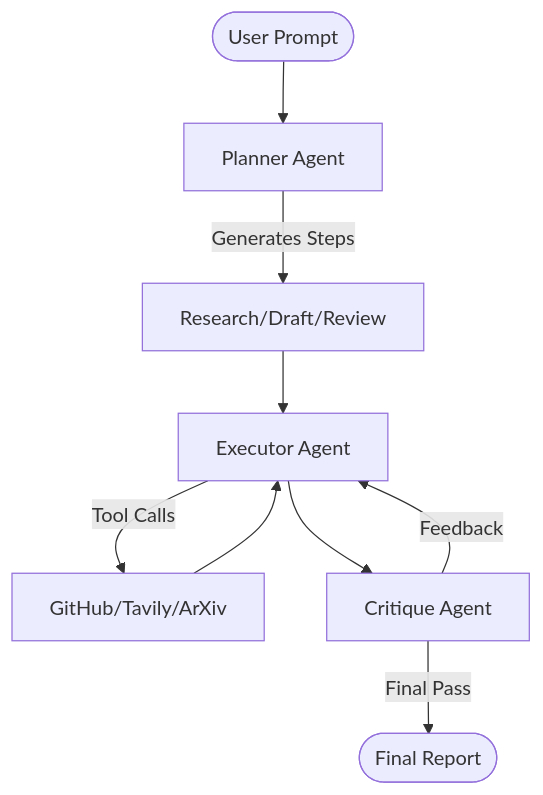
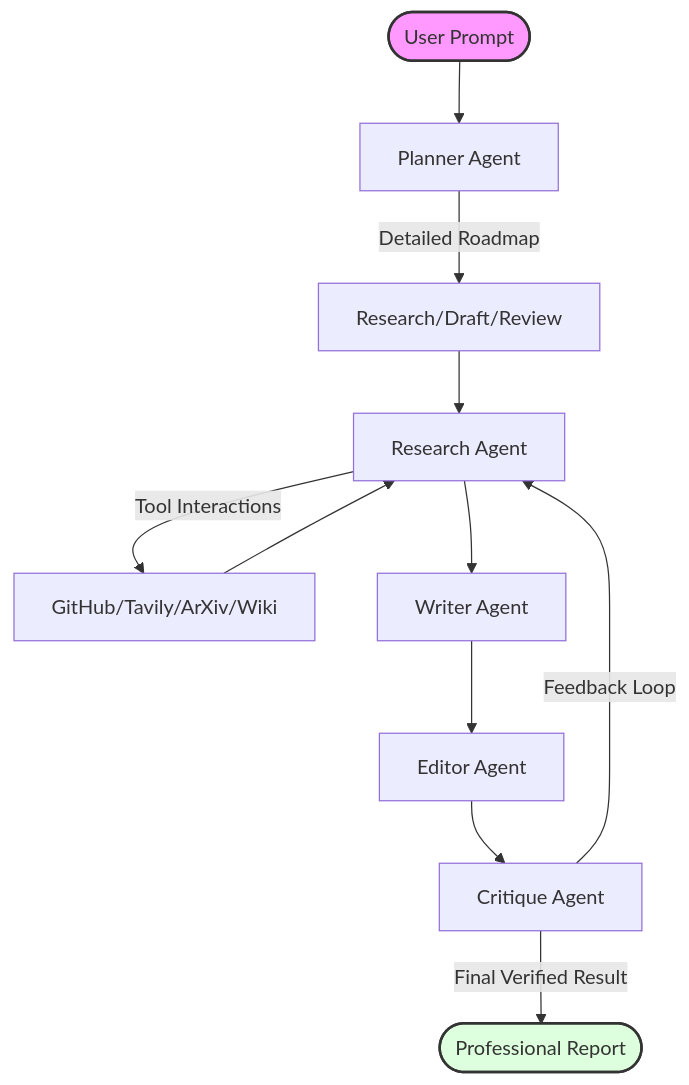
Before and after one commit to Vignesh-V562/RepoGPT: the first of 2 diagrams in README.md, drawn with Mermaid. The commit also changed other lines of this file and 1 other file, not shown here.

````diff
--- a/README.md
+++ b/README.md
@@ -23,11 +30,16 @@
 ```mermaid
 graph TD
     User([User Prompt]) --> Planner[Planner Agent]
-    Planner -->|Generates Steps| Steps[Research/Draft/Review]
-    Steps --> Executor[Executor Agent]
-    Executor -->|Tool Calls| Tools[GitHub/Tavily/ArXiv]
+    Planner -->|Detailed Roadmap| Steps[Research/Draft/Review]
+    Steps --> Executor[Research Agent]
+    Executor -->|Tool Interactions| Tools[GitHub/Tavily/ArXiv/Wiki]
     Tools --> Executor
-    Executor --> Critic[Critique Agent]
-    Critic -->|Feedback| Executor
-    Critic -->|Final Pass| Result([Final Report])
+    Executor --> Writer[Writer Agent]
+    Writer --> Editor[Editor Agent]
+    Editor --> Critic[Critique Agent]
+    Critic -->|Feedback Loop| Executor
+    Critic -->|Final Verified Result| Result([Professional Report])
+    
+    style User fill:#f9f,stroke:#333,stroke-width:2px
+    style Result fill:#00ff0022,stroke:#333,stroke-width:2px
 ```
````
